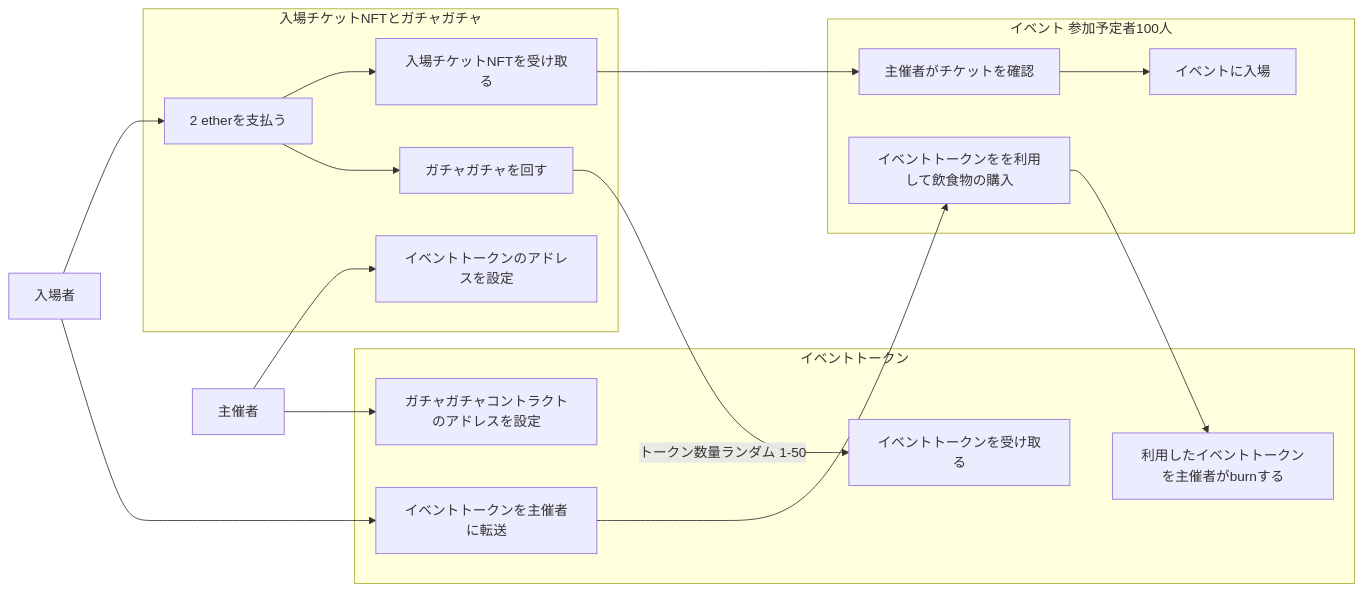
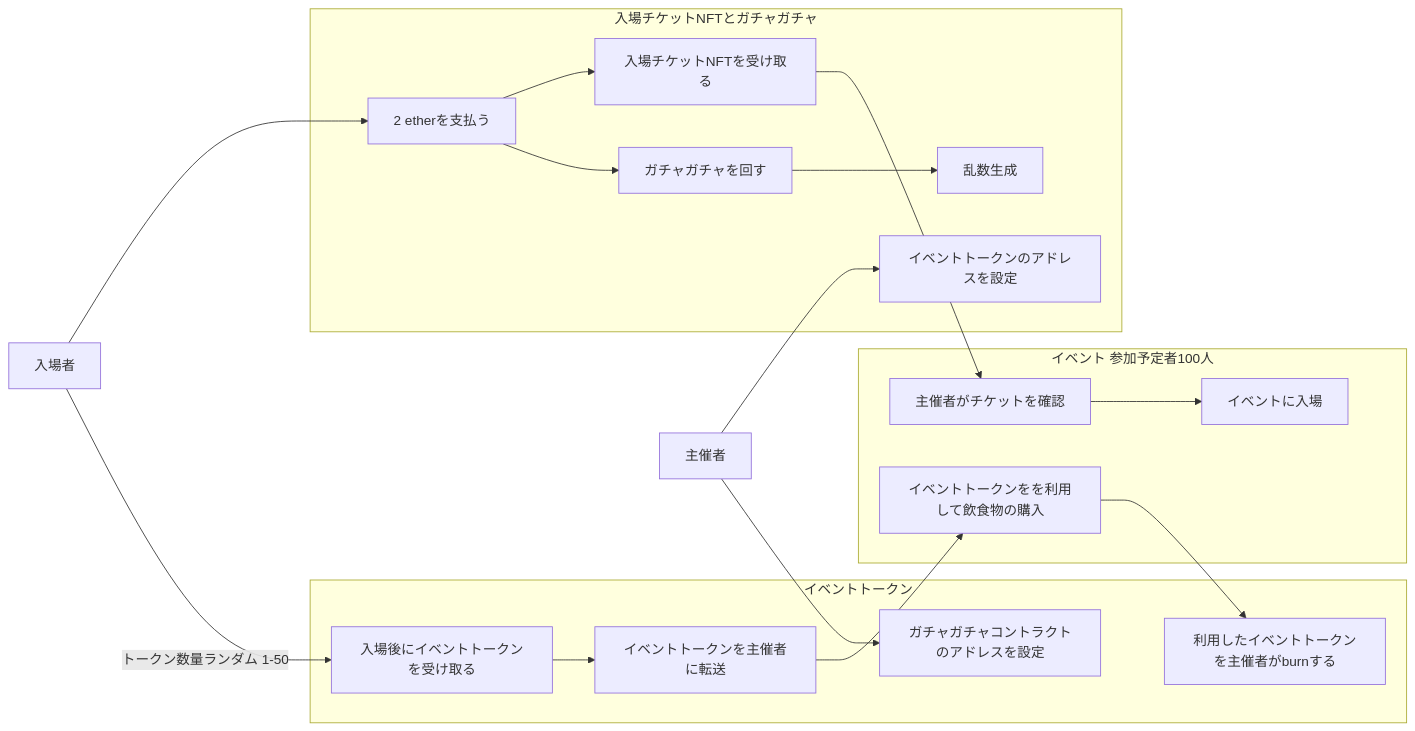
Before and after one commit to naizo01/gacha-sol: the diagram in doc/UseCase.md, drawn with Mermaid. The commit also changed 1 other file, not shown here.

Commit message:
chainlinkでの乱数取得の設計

````diff
--- a/doc/UseCase.md
+++ b/doc/UseCase.md
@@ -2,41 +2,43 @@
 ```mermaid
 flowchart LR
 
 U[主催者]
 P[入場者]
 
 
 U --> Z[イベントトークンのアドレスを設定]
 U --> X[ガチャガチャコントラクトのアドレスを設定]
 P --> C[2 etherを支払う]
 C --> D[入場チケットNFTを受け取る]
 D --> H[主催者がチケットを確認]
 H --> E[イベントに入場]
 C --> F[ガチャガチャを回す]
-F --> |トークン数量ランダム 1-50| G[イベントトークンを受け取る]
+F --> L[乱数生成]
+ P --> |トークン数量ランダム 1-50| G[入場後にイベントトークンを受け取る]
 K --> I[イベントトークンをを利用して飲食物の購入]
   --> J[利用したイベントトークンを主催者がburnする]
-P --> K[イベントトークンを主催者に転送]
+G --> K[イベントトークンを主催者に転送]
 
 subgraph イベント 参加予定者100人
   E
   H
   I
 end
 
 subgraph 入場チケットNFTとガチャガチャ
   C
   D
   F
   Z
+  L
 end
 
 subgraph イベントトークン
   G
   J
   K
   X
 end
 
 
 ```
````
